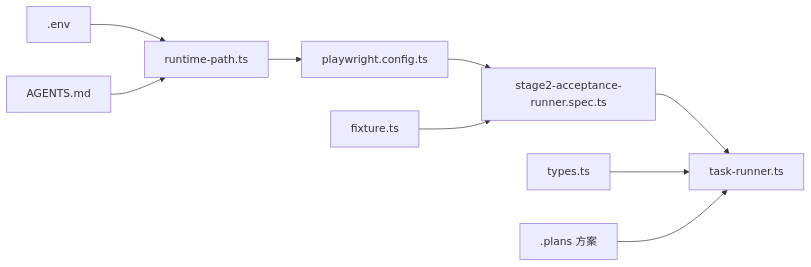
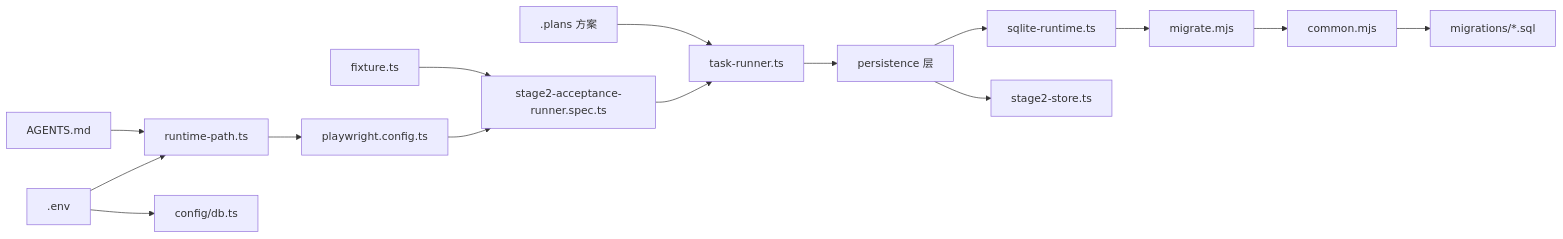
The eighth of 8 diagrams in .qoder/repowiki/zh/content/部署运维/部署运维.md (Jiane-EJ/playwright-mind), drawn with Mermaid before and after one commit. The commit also changed other lines of this file and 7 other files, not shown here.

````diff
--- a/.qoder/repowiki/zh/content/部署运维/部署运维.md
+++ b/.qoder/repowiki/zh/content/部署运维/部署运维.md
@@ -310,11 +461,17 @@
 ```mermaid
 graph LR
 ENV[".env"] --> RP["runtime-path.ts"]
+ENV --> DB["config/db.ts"]
 RP --> PWCFG["playwright.config.ts"]
 PWCFG --> SPEC["stage2-acceptance-runner.spec.ts"]
 FIX["fixture.ts"] --> SPEC
 SPEC --> TR["task-runner.ts"]
-TY["types.ts"] --> TR
+TR --> PERSIST["persistence 层"]
+PERSIST --> STR["sqlite-runtime.ts"]
+PERSIST --> STS["stage2-store.ts"]
+STR --> MIG["migrate.mjs"]
+MIG --> COM["common.mjs"]
+COM --> MIGFILE["migrations/*.sql"]
 PLAN[".plans 方案"] --> TR
 AG["AGENTS.md"] --> RP
 ```
````
